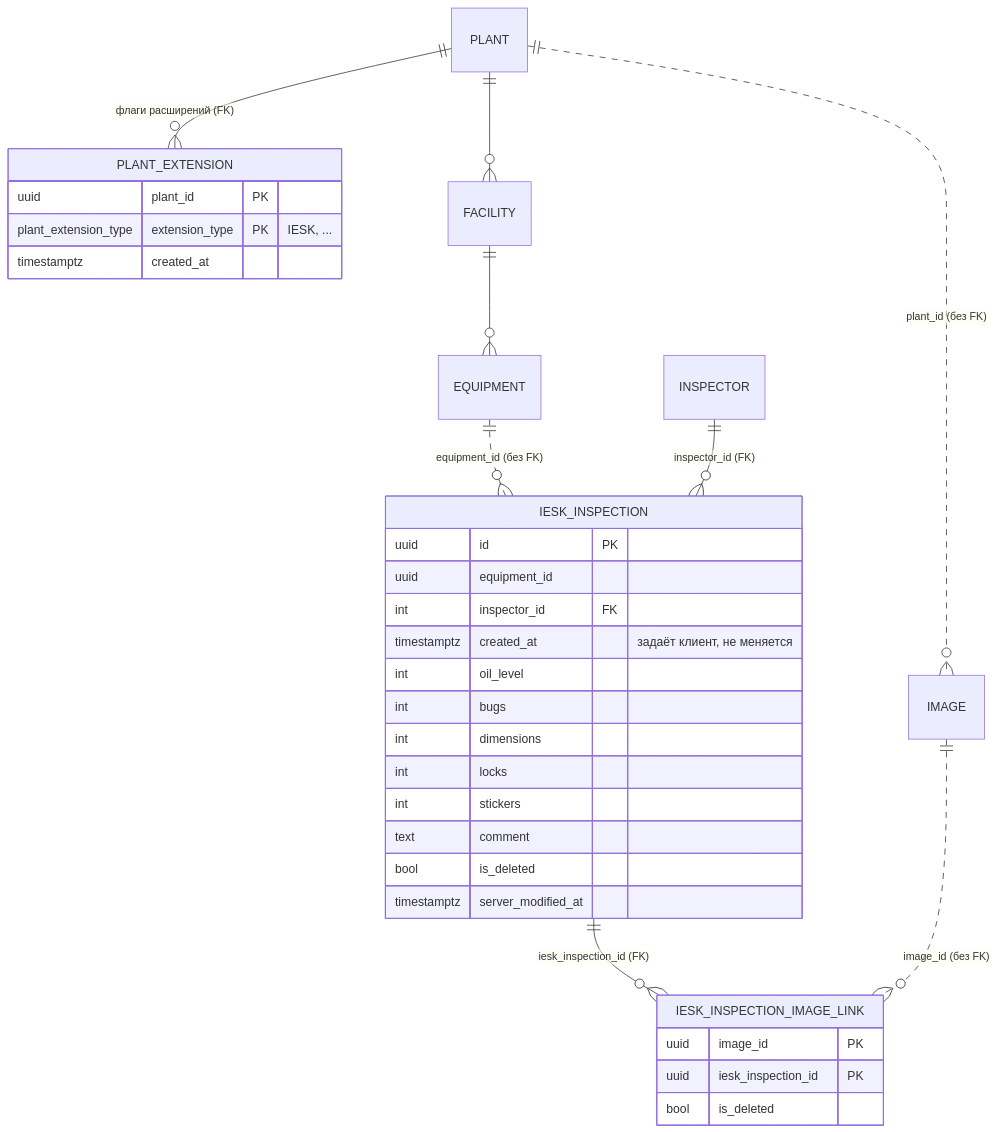
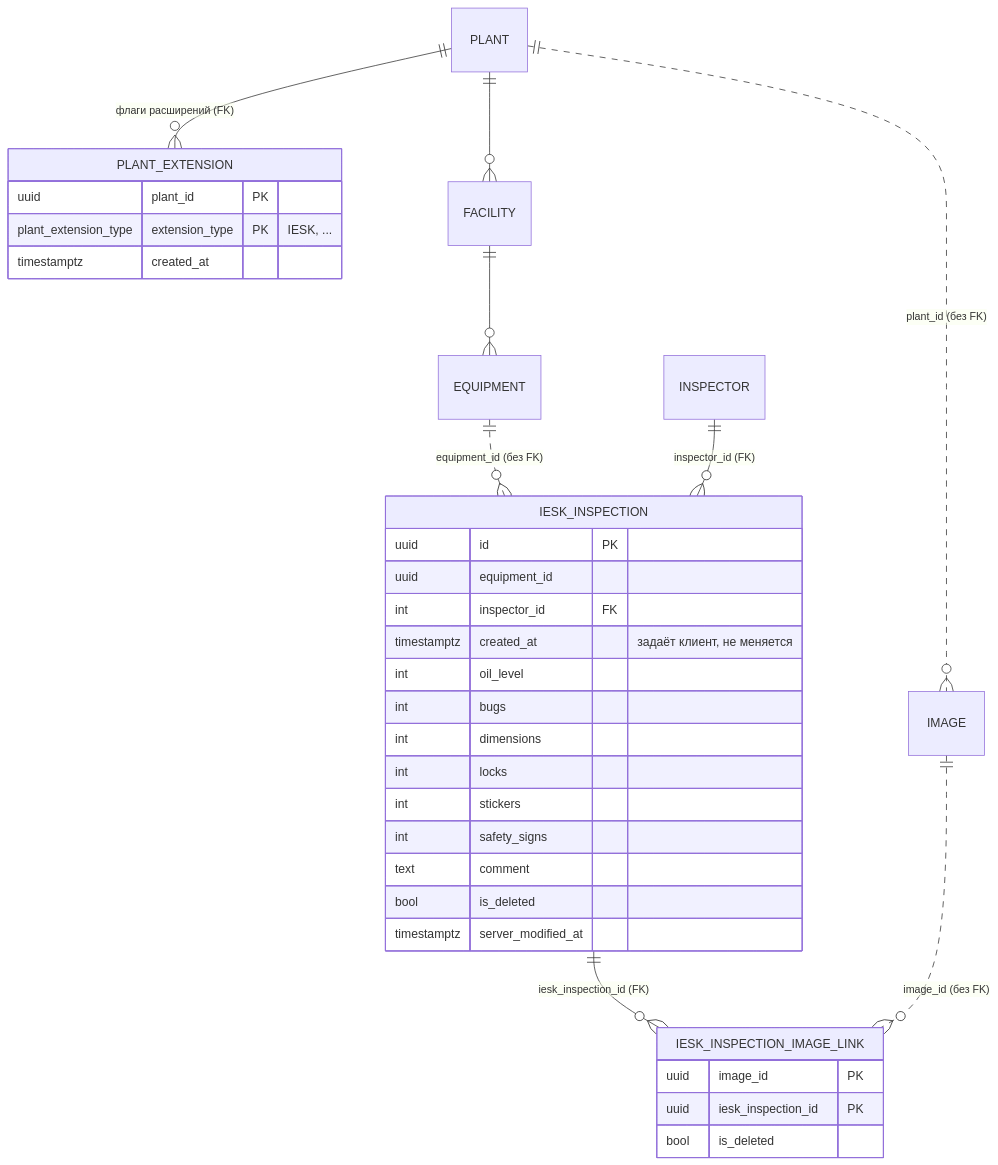
Before and after one commit to Thermoelectrica/l-backend: the first of 5 diagrams in docs/iesk/sync-flow.md, drawn with Mermaid. The commit also changed other lines of this file and 7 other files, not shown here.

````diff
--- a/docs/iesk/sync-flow.md
+++ b/docs/iesk/sync-flow.md
@@ -7,36 +7,37 @@
 ```mermaid
 erDiagram
     PLANT ||--o{ PLANT_EXTENSION : "флаги расширений (FK)"
     PLANT ||--o{ FACILITY : ""
     FACILITY ||--o{ EQUIPMENT : ""
     EQUIPMENT ||..o{ IESK_INSPECTION : "equipment_id (без FK)"
     INSPECTOR ||--o{ IESK_INSPECTION : "inspector_id (FK)"
     IESK_INSPECTION ||--o{ IESK_INSPECTION_IMAGE_LINK : "iesk_inspection_id (FK)"
     IMAGE ||..o{ IESK_INSPECTION_IMAGE_LINK : "image_id (без FK)"
     PLANT ||..o{ IMAGE : "plant_id (без FK)"
 
     PLANT_EXTENSION {
         uuid plant_id PK
         plant_extension_type extension_type PK "IESK, ..."
         timestamptz created_at
     }
     IESK_INSPECTION {
         uuid id PK
         uuid equipment_id
         int inspector_id FK
         timestamptz created_at "задаёт клиент, не меняется"
         int oil_level
         int bugs
         int dimensions
         int locks
         int stickers
+        int safety_signs
         text comment
         bool is_deleted
         timestamptz server_modified_at
     }
     IESK_INSPECTION_IMAGE_LINK {
         uuid image_id PK
         uuid iesk_inspection_id PK
         bool is_deleted
     }
 ```
````
